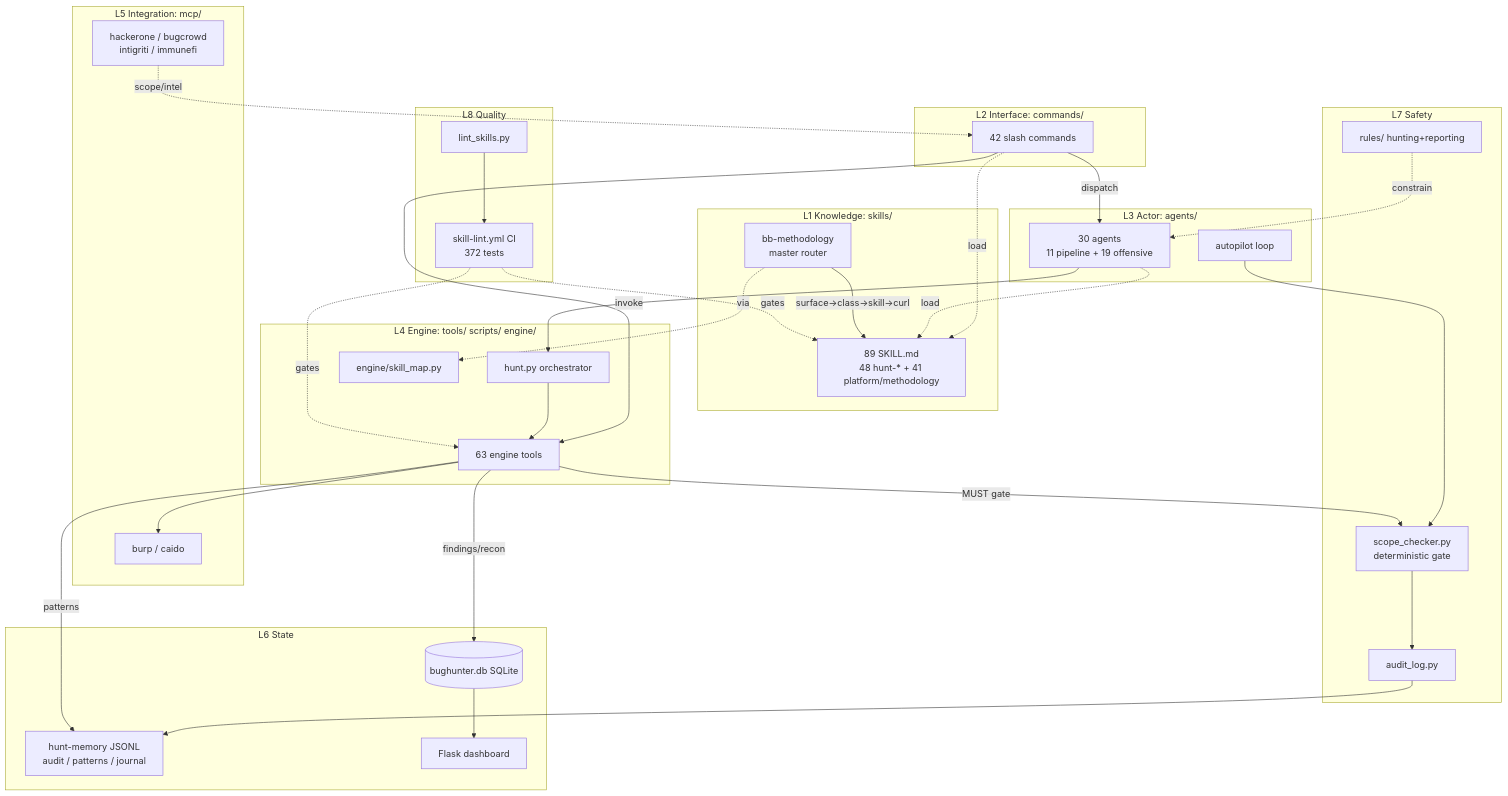
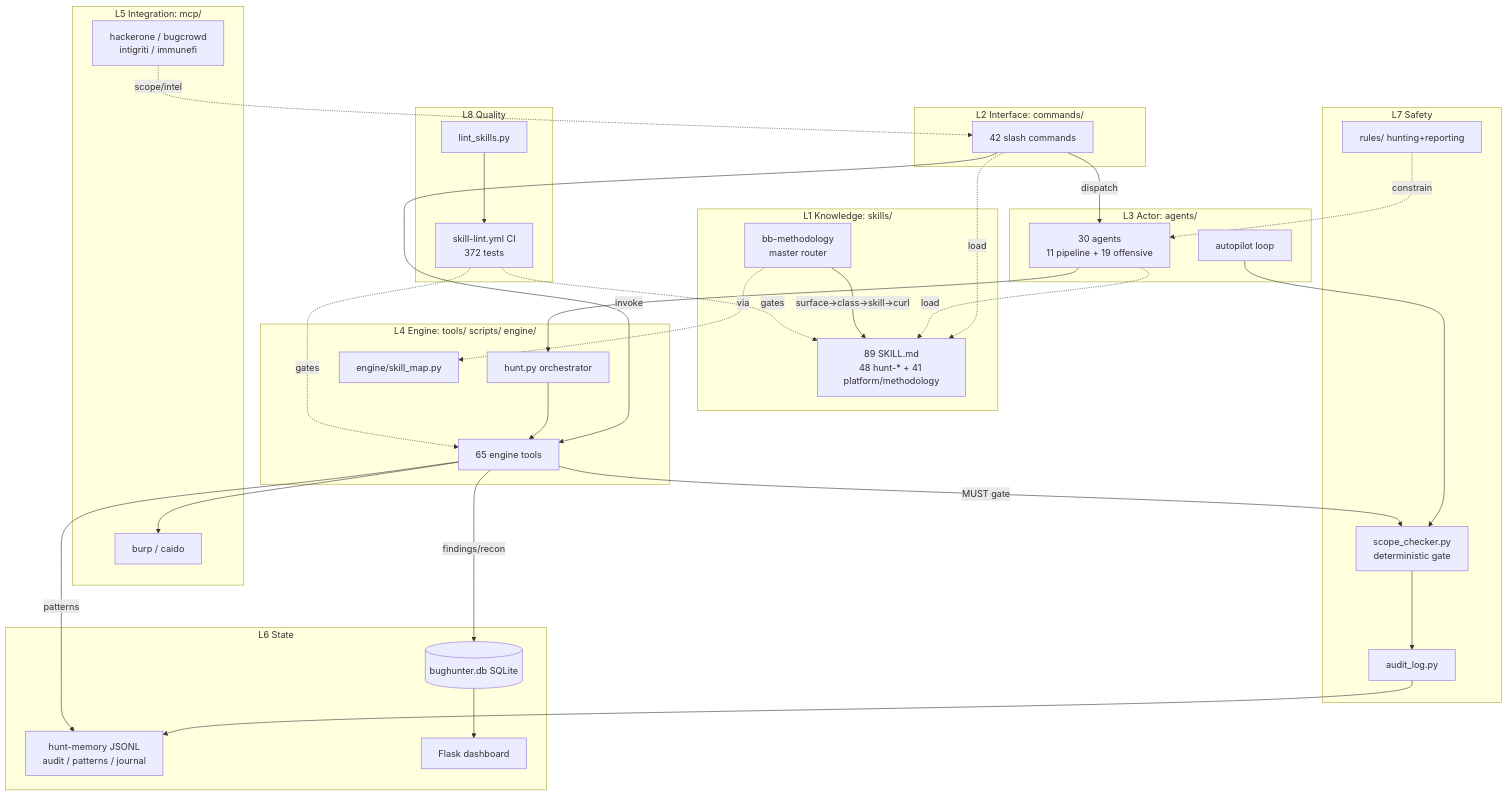
The first of 2 diagrams in docs/OVERVIEW.md (bpnrockstar/UnifiedBugHunter), drawn with Mermaid before and after one commit. The commit also changed other lines of this file and 15 other files, not shown here.

````diff
--- a/docs/OVERVIEW.md
+++ b/docs/OVERVIEW.md
@@ -41,59 +41,59 @@
 ```mermaid
 graph TD
     subgraph L1[L1 Knowledge: skills/]
         SK[89 SKILL.md<br/>48 hunt-* + 41 platform/methodology]
         BBM[bb-methodology<br/>master router]
     end
     subgraph L2[L2 Interface: commands/]
         CMD[42 slash commands]
     end
     subgraph L3[L3 Actor: agents/]
         AG[30 agents<br/>11 pipeline + 19 offensive]
         AUTO[autopilot loop]
     end
     subgraph L4[L4 Engine: tools/ scripts/ engine/]
         HUNT[hunt.py orchestrator]
-        ENG[63 engine tools]
+        ENG[65 engine tools]
         SMAP[engine/skill_map.py]
     end
     subgraph L5[L5 Integration: mcp/]
         PROXY[burp / caido]
         INTEL[hackerone / bugcrowd<br/>intigriti / immunefi]
     end
     subgraph L6[L6 State]
         JSONL[hunt-memory JSONL<br/>audit / patterns / journal]
         DB[(bughunter.db SQLite)]
         DASH[Flask dashboard]
     end
     subgraph L7[L7 Safety]
         SCOPE[scope_checker.py<br/>deterministic gate]
         AUDIT[audit_log.py]
         RULES[rules/ hunting+reporting]
     end
     subgraph L8[L8 Quality]
         LINT[lint_skills.py]
         CI[skill-lint.yml CI<br/>372 tests]
     end
 
     CMD -->|invoke| ENG
     CMD -->|dispatch| AG
     CMD -.load.-> SK
     AG -.load.-> SK
     BBM -->|surface→class→skill→curl| SK
     BBM -.via.-> SMAP
     AG --> HUNT
     HUNT --> ENG
     AUTO --> SCOPE
     ENG -->|MUST gate| SCOPE
     ENG --> PROXY
     INTEL -.scope/intel.-> CMD
     SCOPE --> AUDIT
     AUDIT --> JSONL
     ENG -->|patterns| JSONL
     ENG -->|findings/recon| DB
     DB --> DASH
     RULES -.constrain.-> AG
     LINT --> CI
     CI -.gates.-> SK
     CI -.gates.-> ENG
 ```
````
